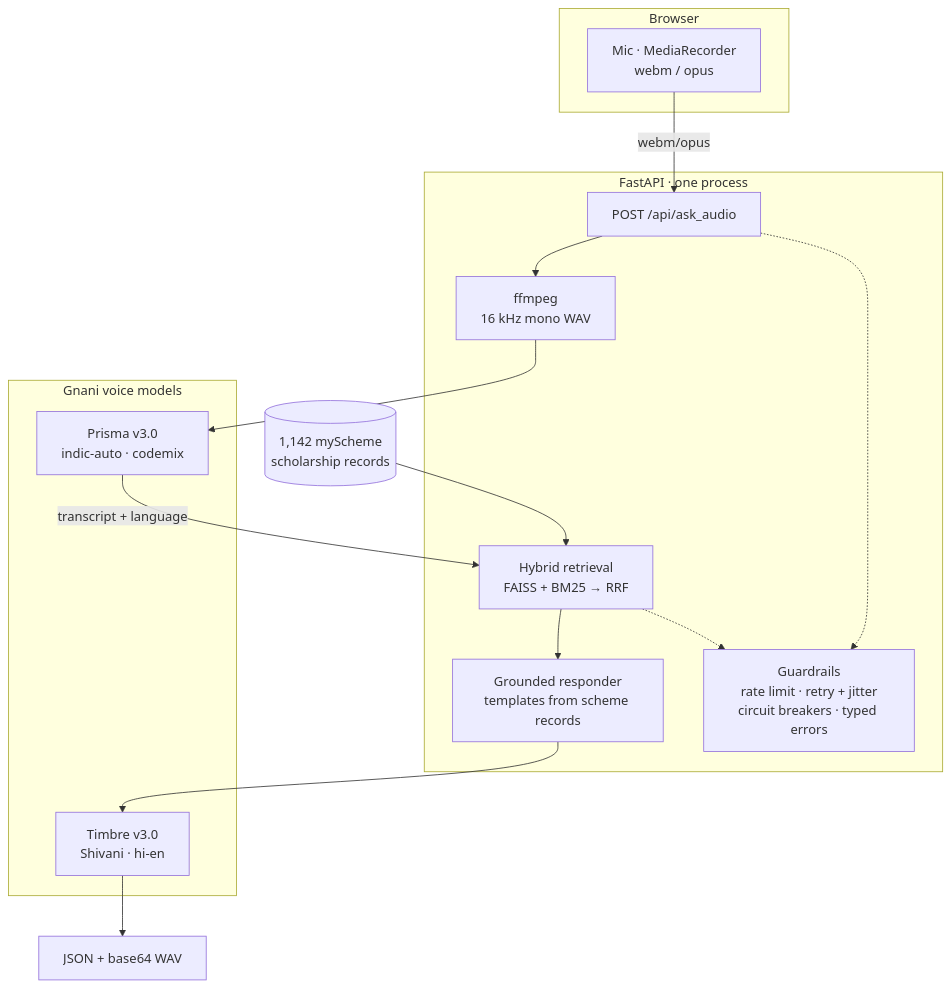
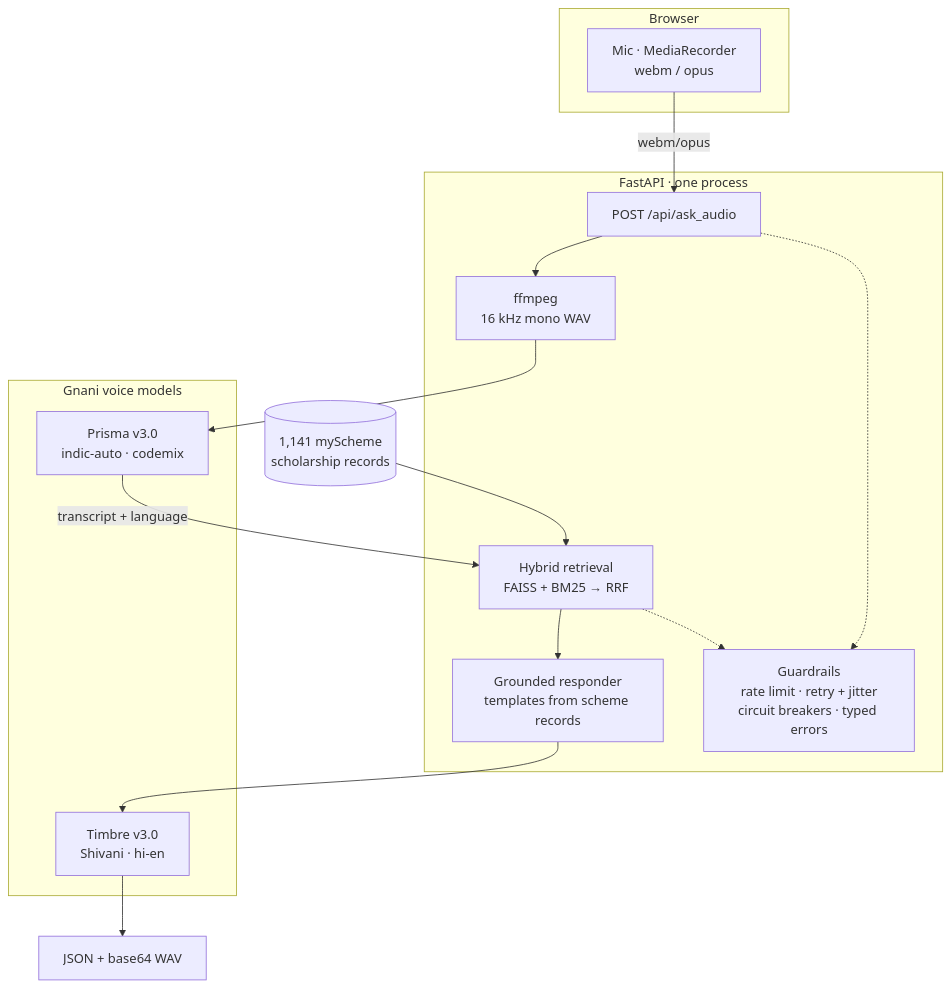
The diagram in docs/architecture.md (Arunkumar06-cmd/siddha), drawn with Mermaid before and after one commit. The commit also changed 9 other files, not shown here.

````diff
--- a/docs/architecture.md
+++ b/docs/architecture.md
@@ -6,31 +6,31 @@
 ```mermaid
 flowchart TB
     subgraph client["Browser"]
         MIC["Mic · MediaRecorder<br/>webm / opus"]
     end
 
     subgraph api["FastAPI · one process"]
         ROUTE["POST /api/ask_audio"]
         FF["ffmpeg<br/>16 kHz mono WAV"]
         RAG["Hybrid retrieval<br/>FAISS + BM25 → RRF"]
         RESP["Grounded responder<br/>templates from scheme records"]
         GUARD["Guardrails<br/>rate limit · retry + jitter<br/>circuit breakers · typed errors"]
     end
 
     subgraph gnani["Gnani voice models"]
         STT["Prisma v3.0<br/>indic-auto · codemix"]
         TTS["Timbre v3.0<br/>Shivani · hi-en"]
     end
 
-    DATA[("1,142 myScheme<br/>scholarship records")]
+    DATA[("1,141 myScheme<br/>scholarship records")]
     OUT["JSON + base64 WAV"]
 
     MIC -->|"webm/opus"| ROUTE
     ROUTE --> FF --> STT
     STT -->|"transcript + language"| RAG
     DATA --> RAG
     RAG --> RESP --> TTS
     TTS --> OUT
     ROUTE -.-> GUARD
     RAG -.-> GUARD
 ```
````
